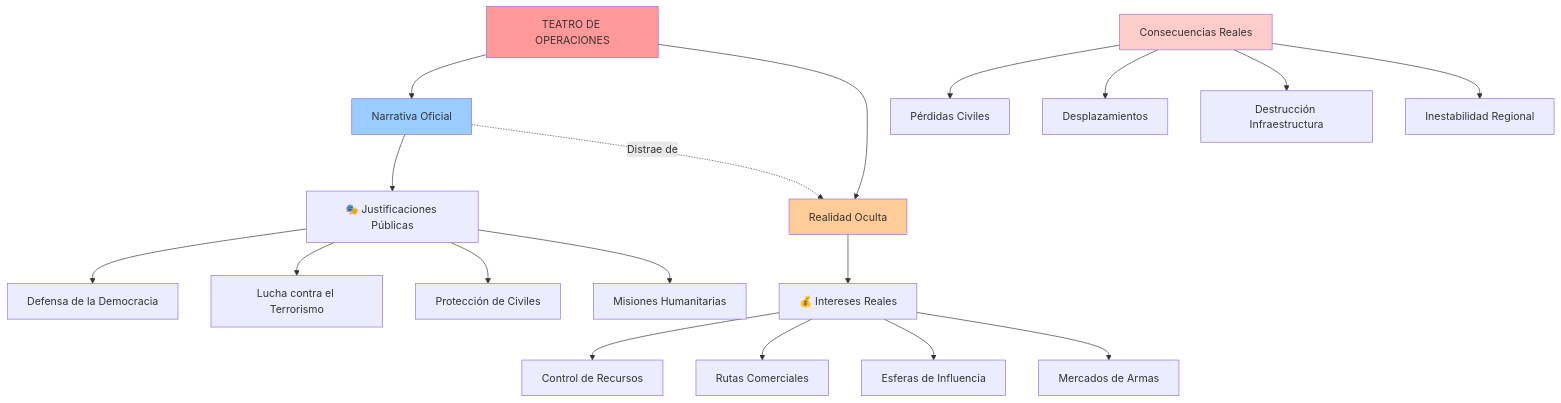
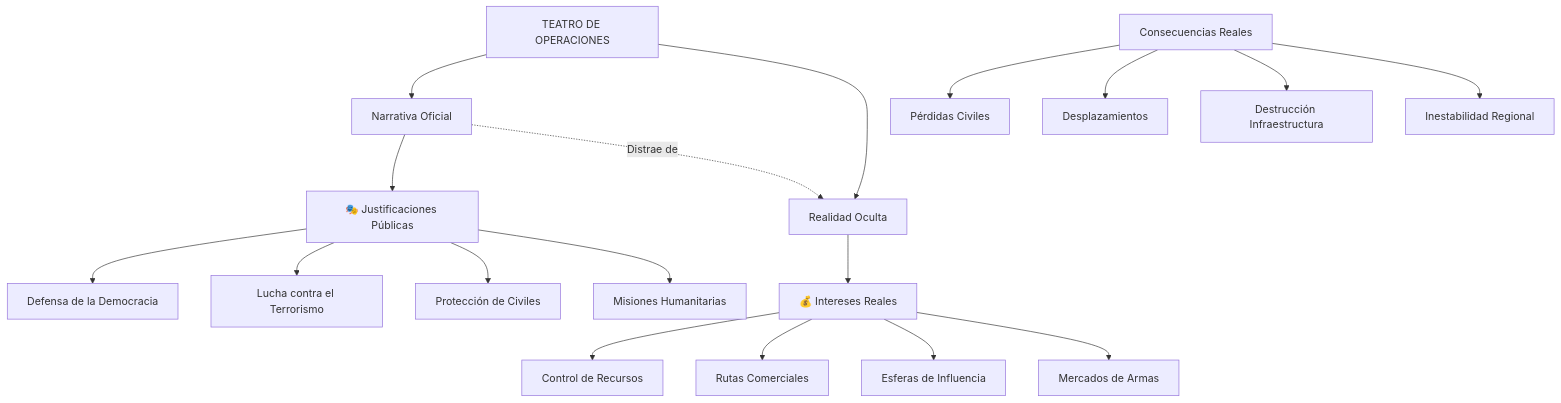
Before and after one commit to perpetuocambio/annotations: the first of 2 diagrams in politica/geopolitica/teatro-operaciones.md, drawn with Mermaid.

````diff
--- a/politica/geopolitica/teatro-operaciones.md
+++ b/politica/geopolitica/teatro-operaciones.md
@@ -19,29 +19,25 @@
 ```mermaid
 graph TD
     A[TEATRO DE OPERACIONES] --> B[Narrativa Oficial]
     A --> C[Realidad Oculta]
     
     B --> D["🎭 Justificaciones Públicas"]
     D --> D1[Defensa de la Democracia]
     D --> D2[Lucha contra el Terrorismo]
     D --> D3[Protección de Civiles]
     D --> D4[Misiones Humanitarias]
     
     C --> E["💰 Intereses Reales"]
     E --> E1[Control de Recursos]
     E --> E2[Rutas Comerciales]
     E --> E3[Esferas de Influencia]
     E --> E4[Mercados de Armas]
     
     B -.->|"Distrae de"| C
     
     F[Consecuencias Reales] --> F1[Pérdidas Civiles]
     F --> F2[Desplazamientos]
     F --> F3[Destrucción Infraestructura]
     F --> F4[Inestabilidad Regional]
-    
-    style A fill:#ff9999
-    style B fill:#99ccff
-    style C fill:#ffcc99
-    style F fill:#ffcccc
+
 ```
````
